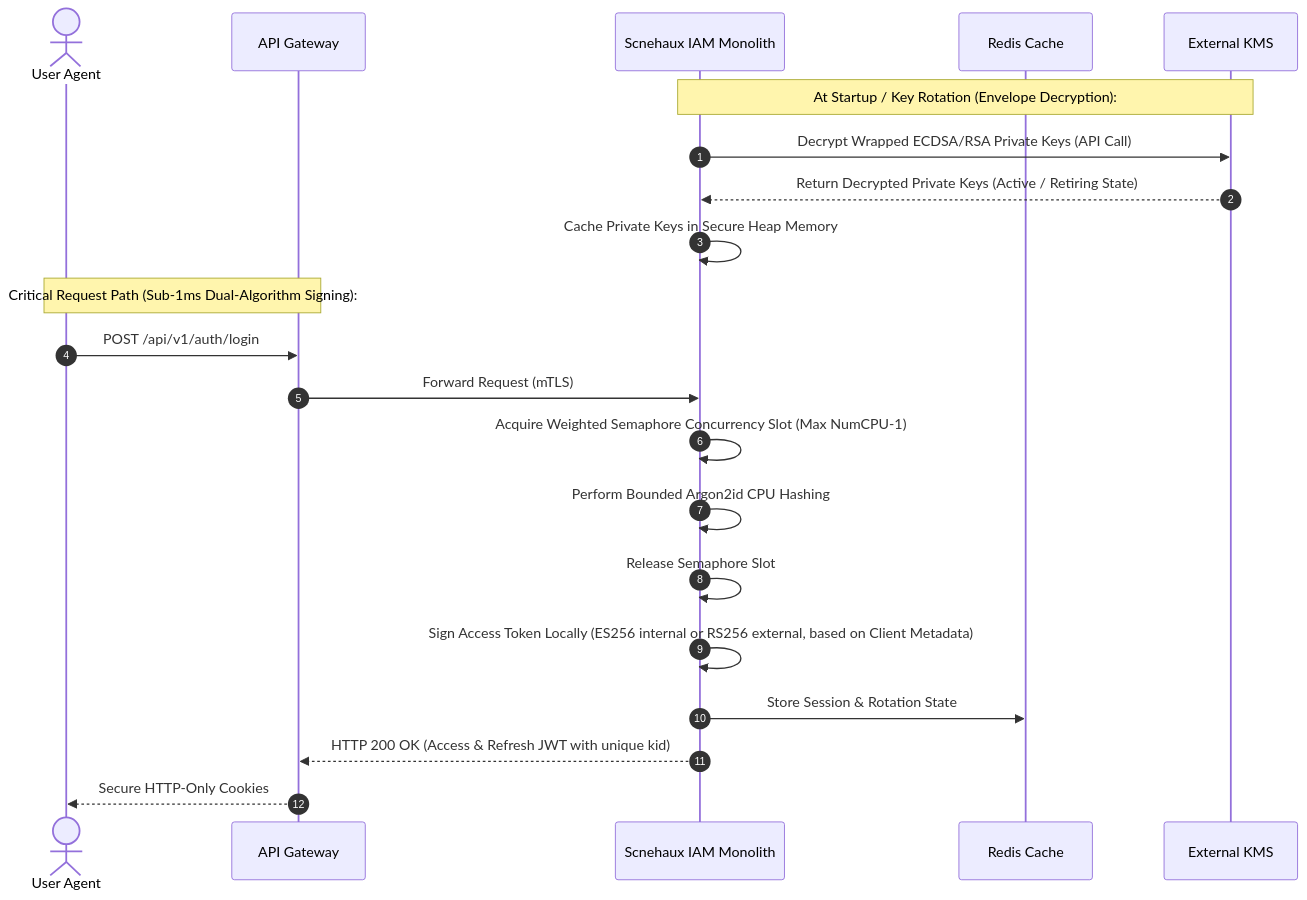
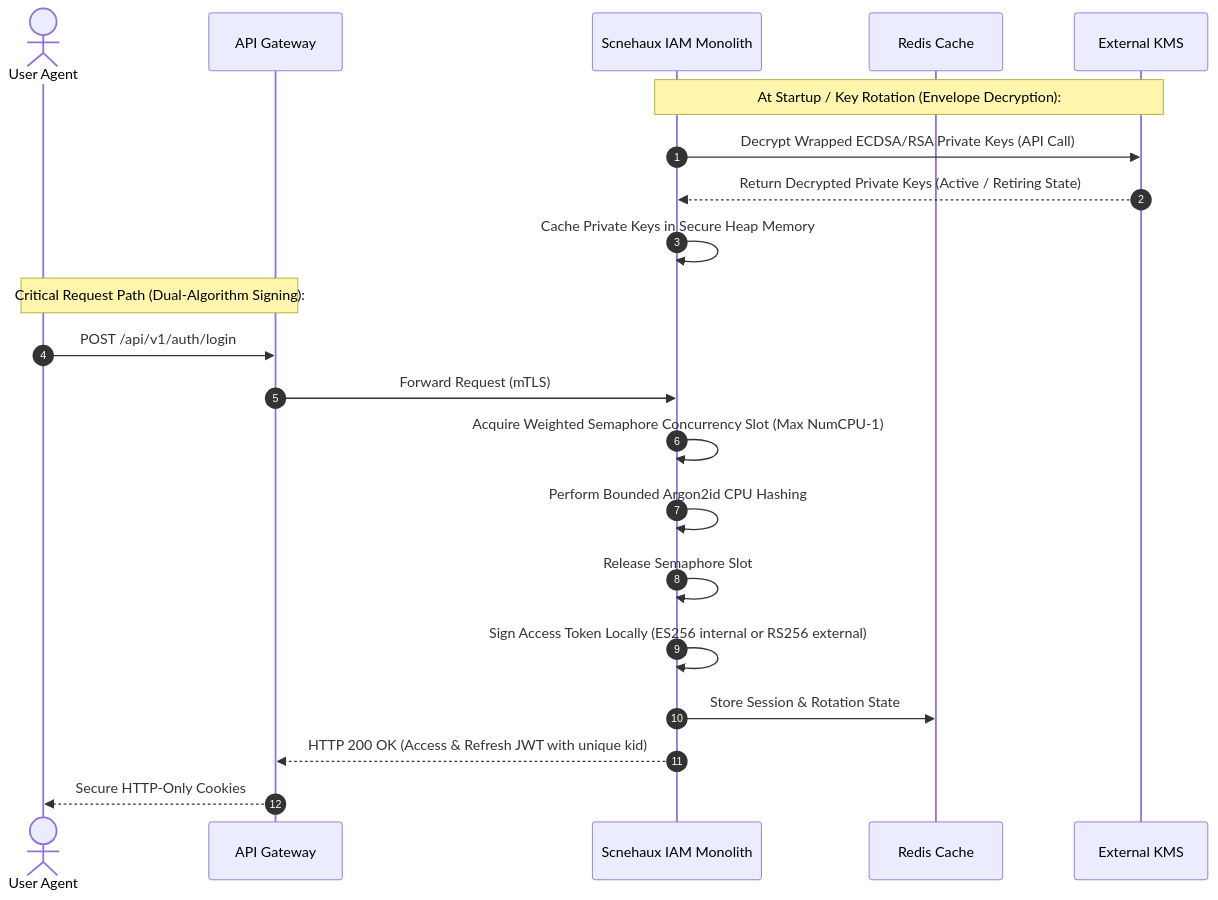
The second of 4 diagrams in 04-application/scnehaux-iam/scnehaux-iam.sad.md (anshacerbia2/scnehaux-architecture), drawn with Mermaid before and after one commit. The commit also changed other lines of this file and 63 other files, not shown here.

````diff
--- a/04-application/scnehaux-iam/scnehaux-iam.sad.md
+++ b/04-application/scnehaux-iam/scnehaux-iam.sad.md
@@ -158,25 +151,25 @@
 ```mermaid
 sequenceDiagram
     autonumber
     actor Client as User Agent
     participant Gateway as API Gateway
     participant IAM as Scnehaux IAM Monolith
     participant Redis as Redis Cache
     participant KMS as External KMS
 
     Note over IAM,KMS: At Startup / Key Rotation (Envelope Decryption):
     IAM->>KMS: Decrypt Wrapped ECDSA/RSA Private Keys (API Call)
     KMS-->>IAM: Return Decrypted Private Keys (Active / Retiring State)
     IAM->>IAM: Cache Private Keys in Secure Heap Memory
 
-    Note over Client,Gateway: Critical Request Path (Sub-1ms Dual-Algorithm Signing):
+    Note over Client,Gateway: Critical Request Path (Dual-Algorithm Signing):
     Client->>Gateway: POST /api/v1/auth/login
     Gateway->>IAM: Forward Request (mTLS)
     IAM->>IAM: Acquire Weighted Semaphore Concurrency Slot (Max NumCPU-1)
     IAM->>IAM: Perform Bounded Argon2id CPU Hashing
     IAM->>IAM: Release Semaphore Slot
-    IAM->>IAM: Sign Access Token Locally (ES256 internal or RS256 external, based on Client Metadata)
+    IAM->>IAM: Sign Access Token Locally (ES256 internal or RS256 external)
     IAM->>Redis: Store Session & Rotation State
     IAM-->>Gateway: HTTP 200 OK (Access & Refresh JWT with unique kid)
     Gateway-->>Client: Secure HTTP-Only Cookies
 ```
````
